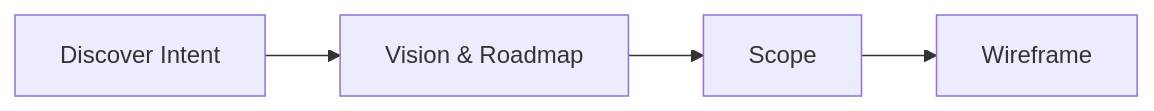
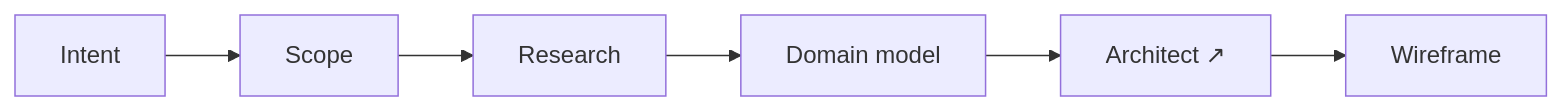
One commit to imtemp-dev/claude-bts changed the first of 3 diagrams in README.md. Above: the diagram before and after it, drawn with Mermaid. The commit also changed other lines of this file and 8 other files, not shown here.

````diff
--- a/README.md
+++ b/README.md
@@ -66,4 +69,4 @@
 ```mermaid
 flowchart LR
-    INT["Discover Intent"] --> VIS["Vision & Roadmap"] --> SC["Scope"] --> WF["Wireframe"]
+    INT["Intent"] --> SC["Scope"] --> RS["Research"] --> DM["Domain model"] --> AR["Architect ↗"] --> WF["Wireframe"]
 ```
````
